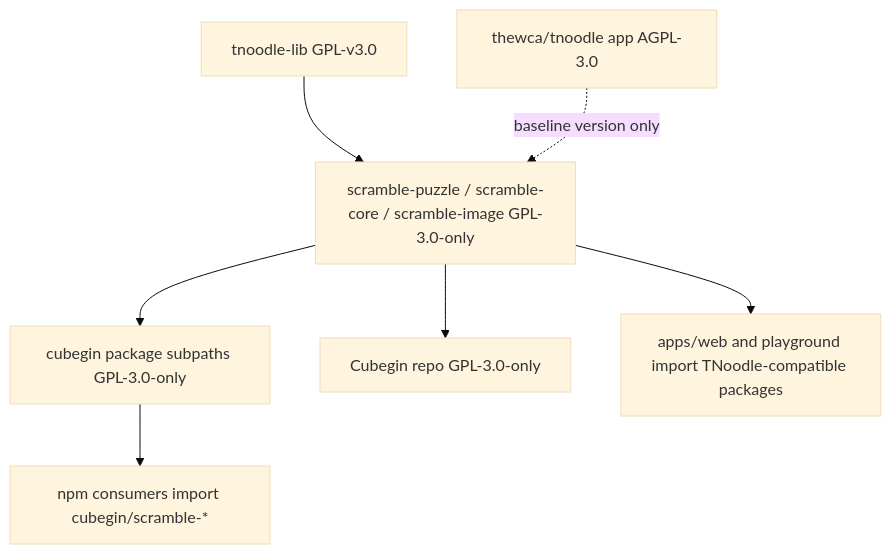
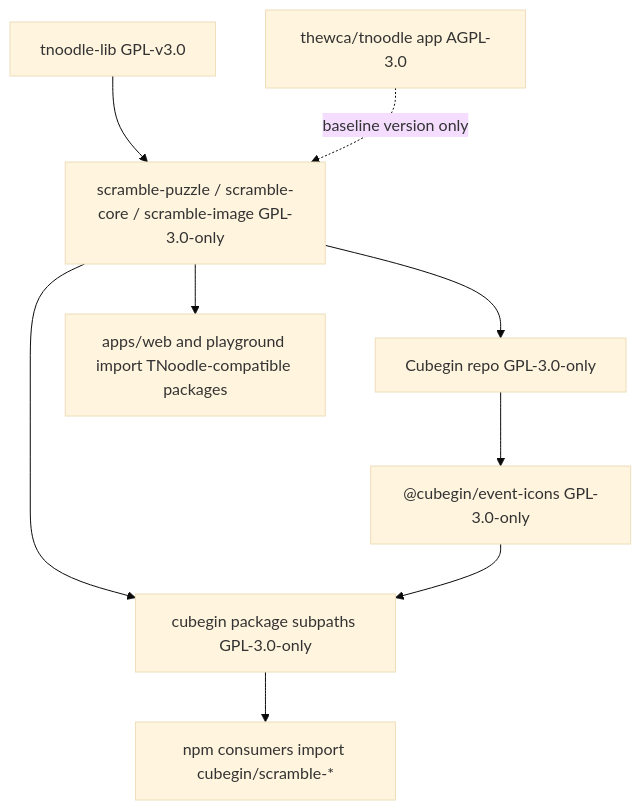
One commit to deweyou/cube-kit changed the diagram in docs/dependency-licensing.md. Above: the diagram before and after it, drawn with Mermaid (base theme). The commit also changed other lines of this file and 37 other files, not shown here.

Commit message:
feat: add WCA event icons

````diff
--- a/docs/dependency-licensing.md
+++ b/docs/dependency-licensing.md
@@ -3,10 +3,12 @@
 ```mermaid
 flowchart TD
     TnoodleLib["tnoodle-lib GPL-v3.0"] --> NewPackages["scramble-puzzle / scramble-core / scramble-image GPL-3.0-only"]
+    RepoLicense --> EventIcons["@cubegin/event-icons GPL-3.0-only"]
     NewPackages --> PublicPackage["cubegin package subpaths GPL-3.0-only"]
+    EventIcons --> PublicPackage
     NewPackages --> RepoLicense
     NewPackages --> Apps["apps/web and playground import TNoodle-compatible packages"]
     PublicPackage --> NpmConsumers["npm consumers import cubegin/scramble-*"]
     RepoLicense["Cubegin repo GPL-3.0-only"]
     TnoodleApp["thewca/tnoodle app AGPL-3.0"] -. "baseline version only" .-> NewPackages
 ```
````
